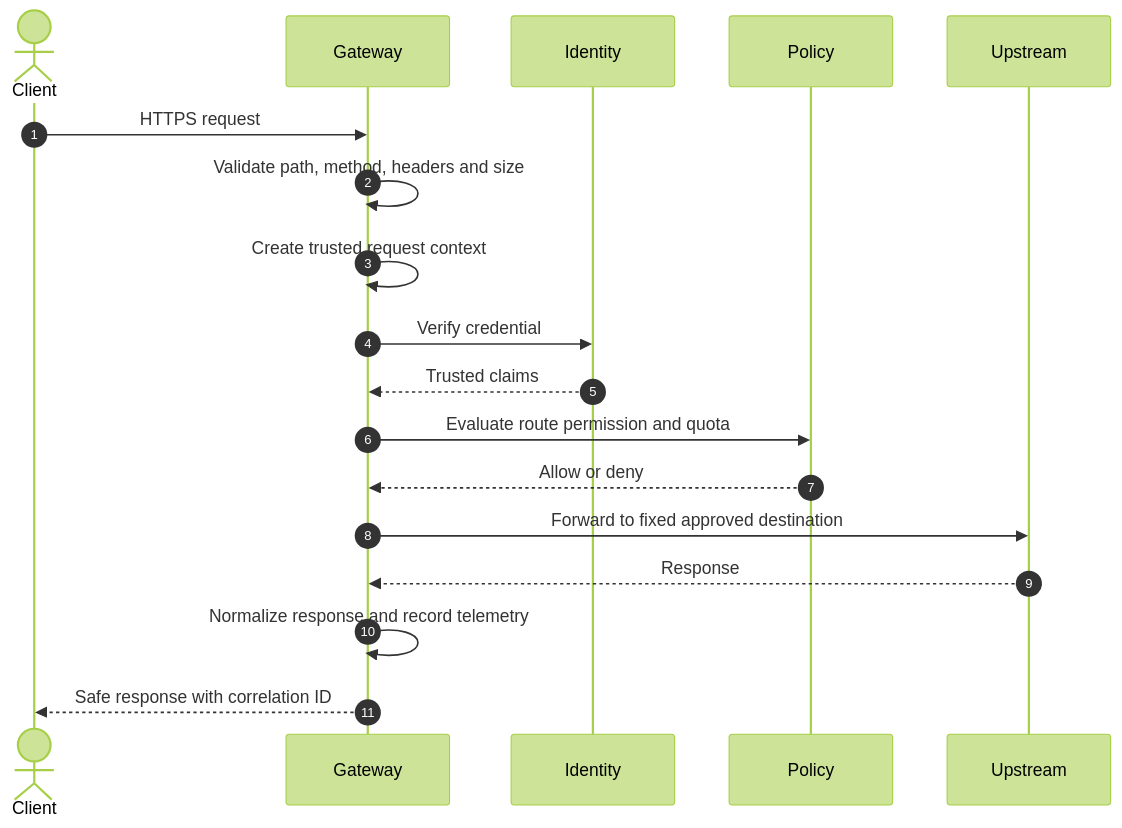
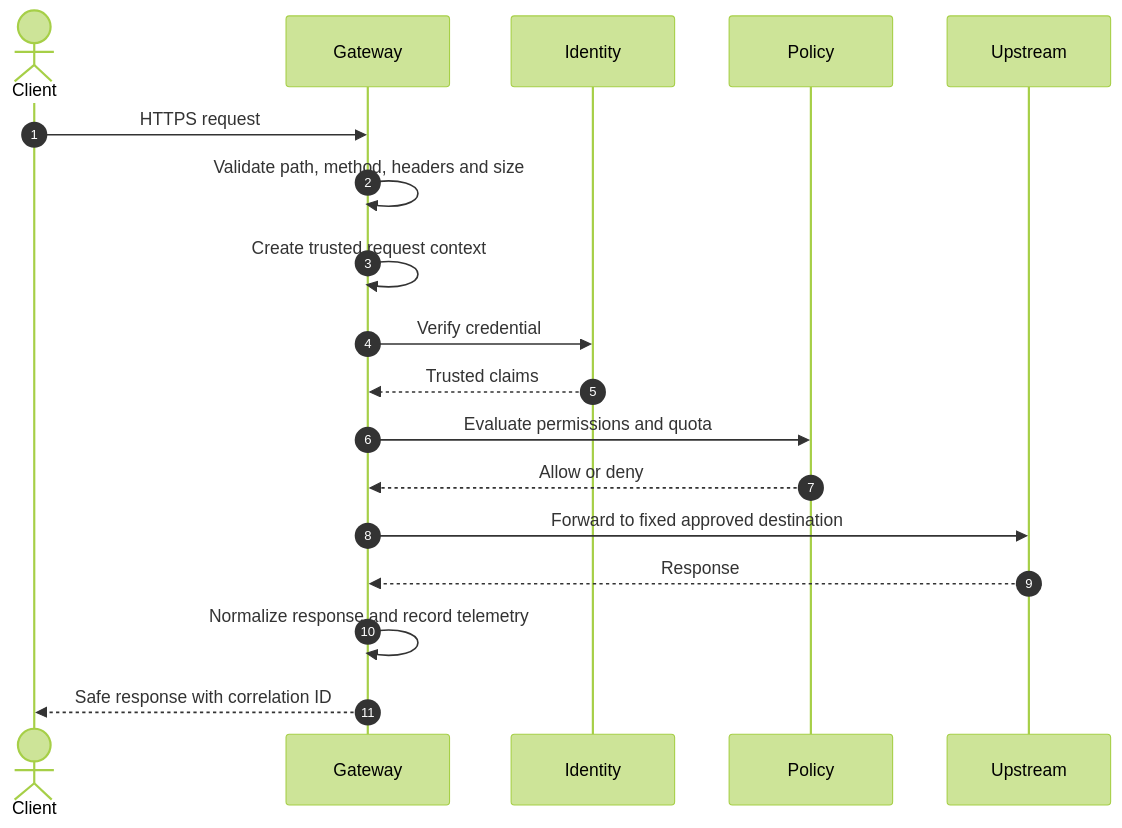
Before and after one commit to Brajesh31/API-Gateway-Tripzy: the second of 2 diagrams in README.md, drawn with Mermaid (forest theme). The commit also changed other lines of this file, not shown here.

Commit message:
docs: align README.md with gateway scaffold

````diff
--- a/README.md
+++ b/README.md
@@ -104,20 +102,20 @@
 ```mermaid
 sequenceDiagram
   autonumber
   actor Client
   participant Gateway
   participant Identity
   participant Policy
   participant Upstream
   Client->>Gateway: HTTPS request
   Gateway->>Gateway: Validate path, method, headers and size
   Gateway->>Gateway: Create trusted request context
   Gateway->>Identity: Verify credential
   Identity-->>Gateway: Trusted claims
-  Gateway->>Policy: Evaluate route permission and quota
+  Gateway->>Policy: Evaluate permissions and quota
   Policy-->>Gateway: Allow or deny
   Gateway->>Upstream: Forward to fixed approved destination
   Upstream-->>Gateway: Response
   Gateway->>Gateway: Normalize response and record telemetry
   Gateway-->>Client: Safe response with correlation ID
 ```
````
